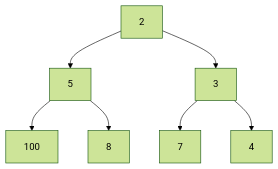
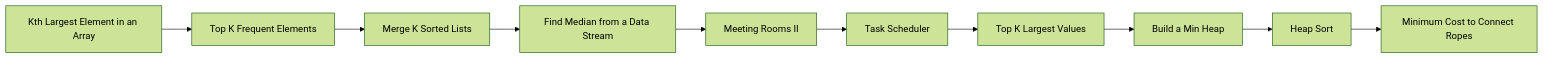
One commit to 9999dude/omega changed diagram 16 of 16 in docs/datastructures/heap-priority-queues.md. Above: the diagram before and after it, drawn with Mermaid (forest theme). The commit also changed other lines of this file and 58 other files, not shown here.

````diff
--- a/docs/datastructures/heap-priority-queues.md
+++ b/docs/datastructures/heap-priority-queues.md
@@ -497,9 +1225,13 @@
 ```mermaid
-graph TD
-    A["2"] --> B["5"]
-    A --> C["3"]
-    B --> D["100"]
-    B --> E["8"]
-    C --> F["7"]
-    C --> G["4"]
+flowchart LR
+    Q0["Kth Largest Element in an Array"]
+    Q0 --> Q1["Top K Frequent Elements"]
+    Q1 --> Q2["Merge K Sorted Lists"]
+    Q2 --> Q3["Find Median from a Data Stream"]
+    Q3 --> Q4["Meeting Rooms II"]
+    Q4 --> Q5["Task Scheduler"]
+    Q5 --> Q6["Top K Largest Values"]
+    Q6 --> Q7["Build a Min Heap"]
+    Q7 --> Q8["Heap Sort"]
+    Q8 --> Q9["Minimum Cost to Connect Ropes"]
 ```
````
